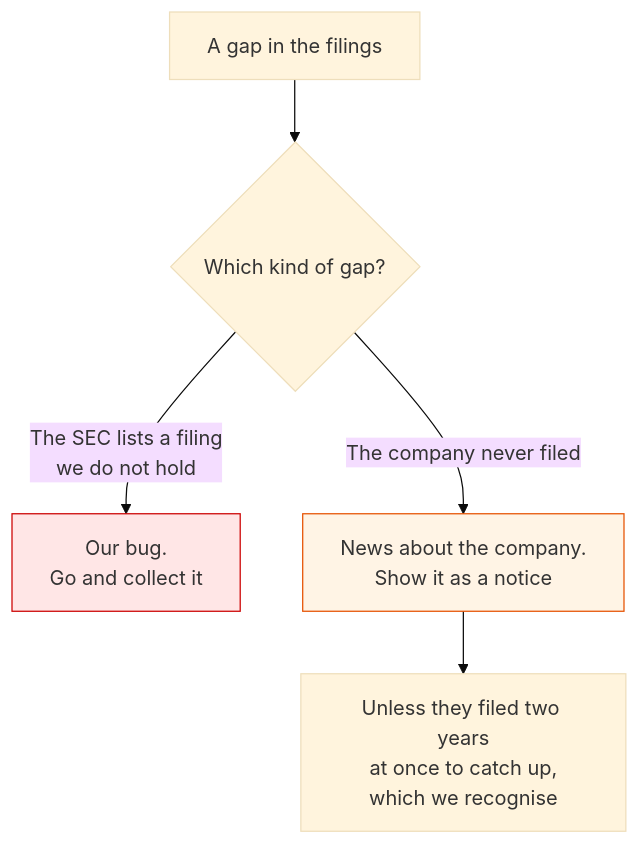
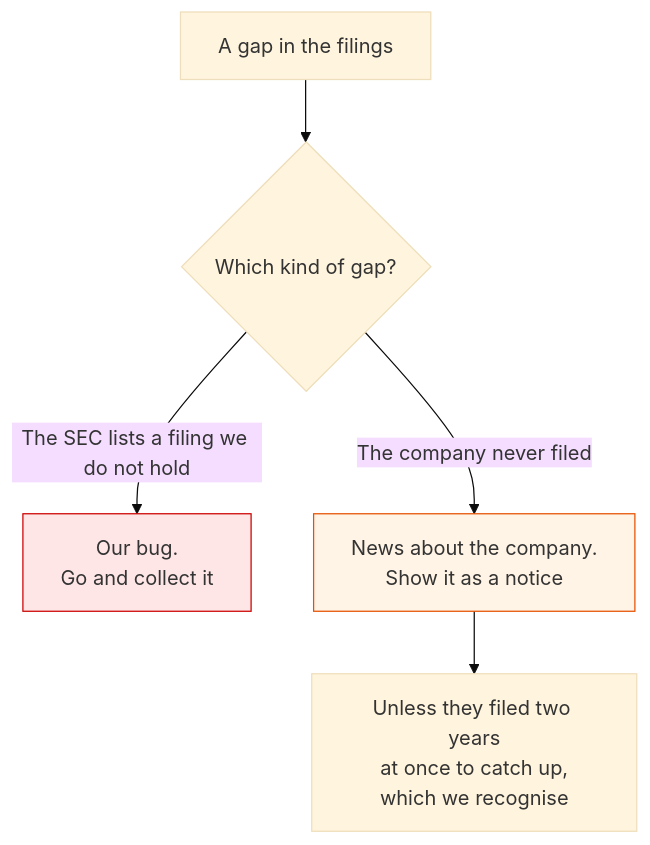
One commit to g784dwcd2r-crypto/H changed diagram 16 of 35 in docs/steps.md. Above: the diagram before and after it, drawn with Mermaid (base theme). The commit also changed other lines of this file, not shown here.

First line of the commit message:
A diagram on every step, all 31

````diff
--- a/docs/steps.md
+++ b/docs/steps.md
@@ -528,9 +539,9 @@
 ```mermaid
 flowchart TD
     G["A gap in the filings"] --> W{"Which kind of gap?"}
-    W -->|"The SEC lists a filing<br/>we do not hold"| US["Our bug.<br/>Go and collect it"]
+    W -->|"The SEC lists a filing we do not hold"| US["Our bug.<br/>Go and collect it"]
     W -->|"The company never filed"| THEM["News about the company.<br/>Show it as a notice"]
     THEM --> CATCH["Unless they filed two years<br/>at once to catch up,<br/>which we recognise"]
     style US fill:#ffe6e6,stroke:#cc0000
     style THEM fill:#fff4e5,stroke:#e65100
 ```
````
